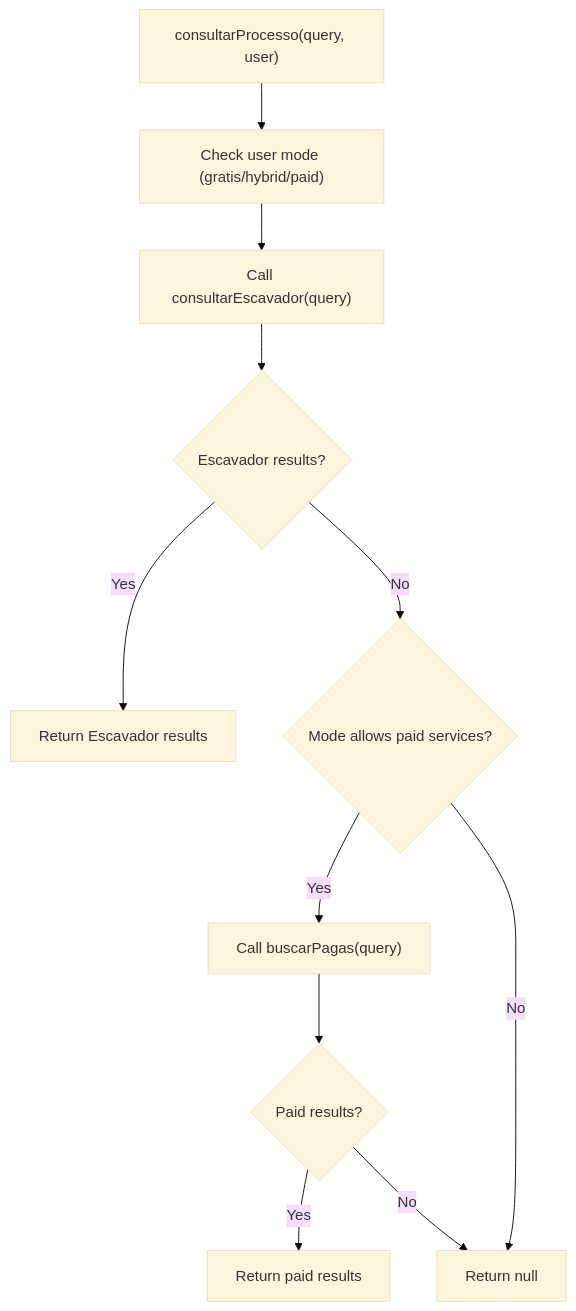
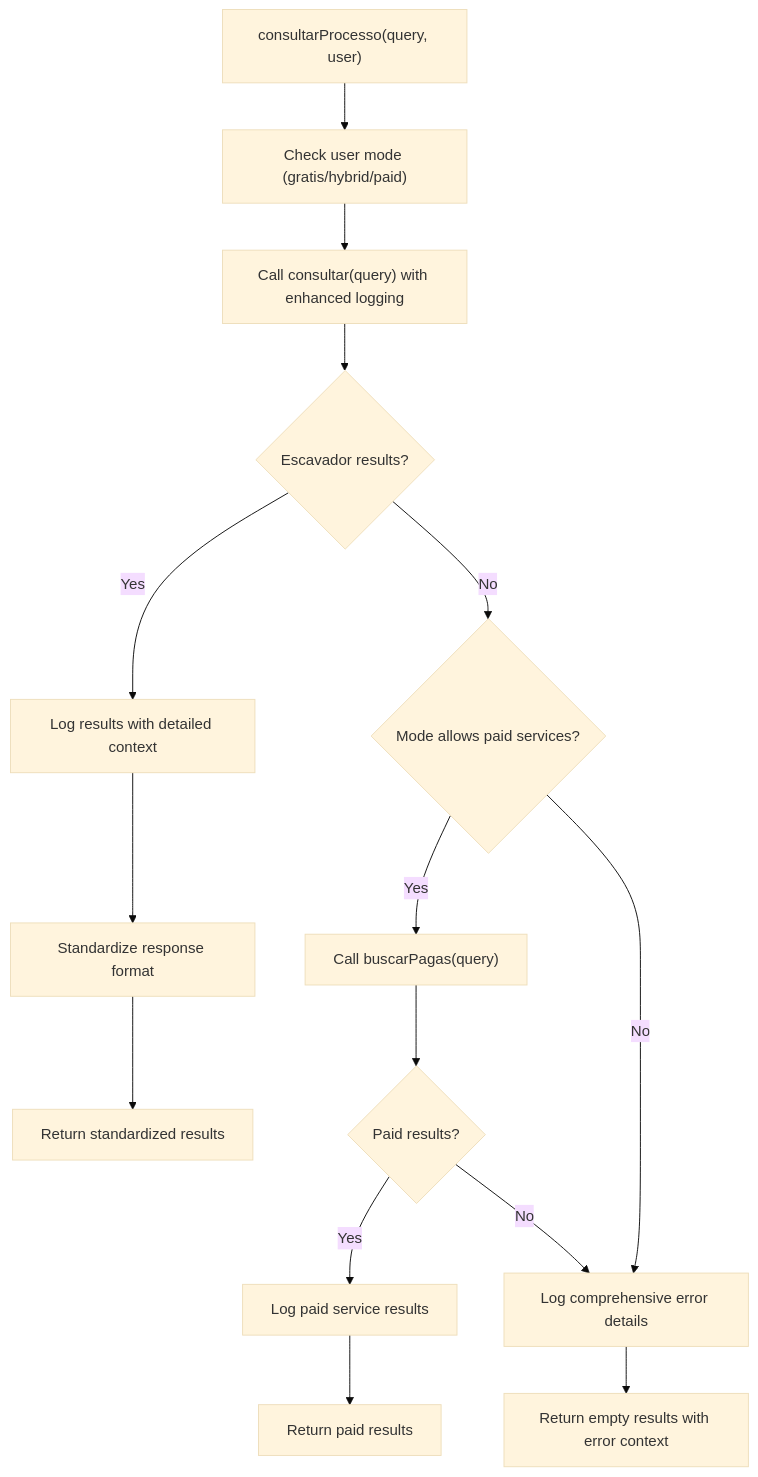
The third of 4 diagrams in .qoder/repowiki/en/content/API Integration Layer/DataJud Free Service Integration.md (Alexandrexicara/bot-processos), drawn with Mermaid (base theme) before and after one commit. The commit also changed other lines of this file and 5 other files, not shown here.

````diff
--- a/.qoder/repowiki/en/content/API Integration Layer/DataJud Free Service Integration.md
+++ b/.qoder/repowiki/en/content/API Integration Layer/DataJud Free Service Integration.md
@@ -197,13 +187,17 @@
 ```mermaid
 flowchart TD
 A["consultarProcesso(query, user)"] --> CheckMode["Check user mode (gratis/hybrid/paid)"]
-CheckMode --> TryEscavador["Call consultarEscavador(query)"]
+CheckMode --> TryEscavador["Call consultar(query) with enhanced logging"]
 TryEscavador --> EscavadorOk{"Escavador results?"}
-EscavadorOk --> |Yes| ReturnEscavador["Return Escavador results"]
+EscavadorOk --> |Yes| LogResults["Log results with detailed context"]
+LogResults --> Standardize["Standardize response format"]
+Standardize --> ReturnEscavador["Return standardized results"]
 EscavadorOk --> |No| CheckPaid{"Mode allows paid services?"}
 CheckPaid --> |Yes| TryPaid["Call buscarPagas(query)"]
 TryPaid --> PaidOk{"Paid results?"}
-PaidOk --> |Yes| ReturnPaid["Return paid results"]
-PaidOk --> |No| ReturnNull["Return null"]
-CheckPaid --> |No| ReturnNull
+PaidOk --> |Yes| LogPaid["Log paid service results"]
+LogPaid --> ReturnPaid["Return paid results"]
+PaidOk --> |No| LogError["Log comprehensive error details"]
+LogError --> ReturnNull["Return empty results with error context"]
+CheckPaid --> |No| LogError
 ```
````
